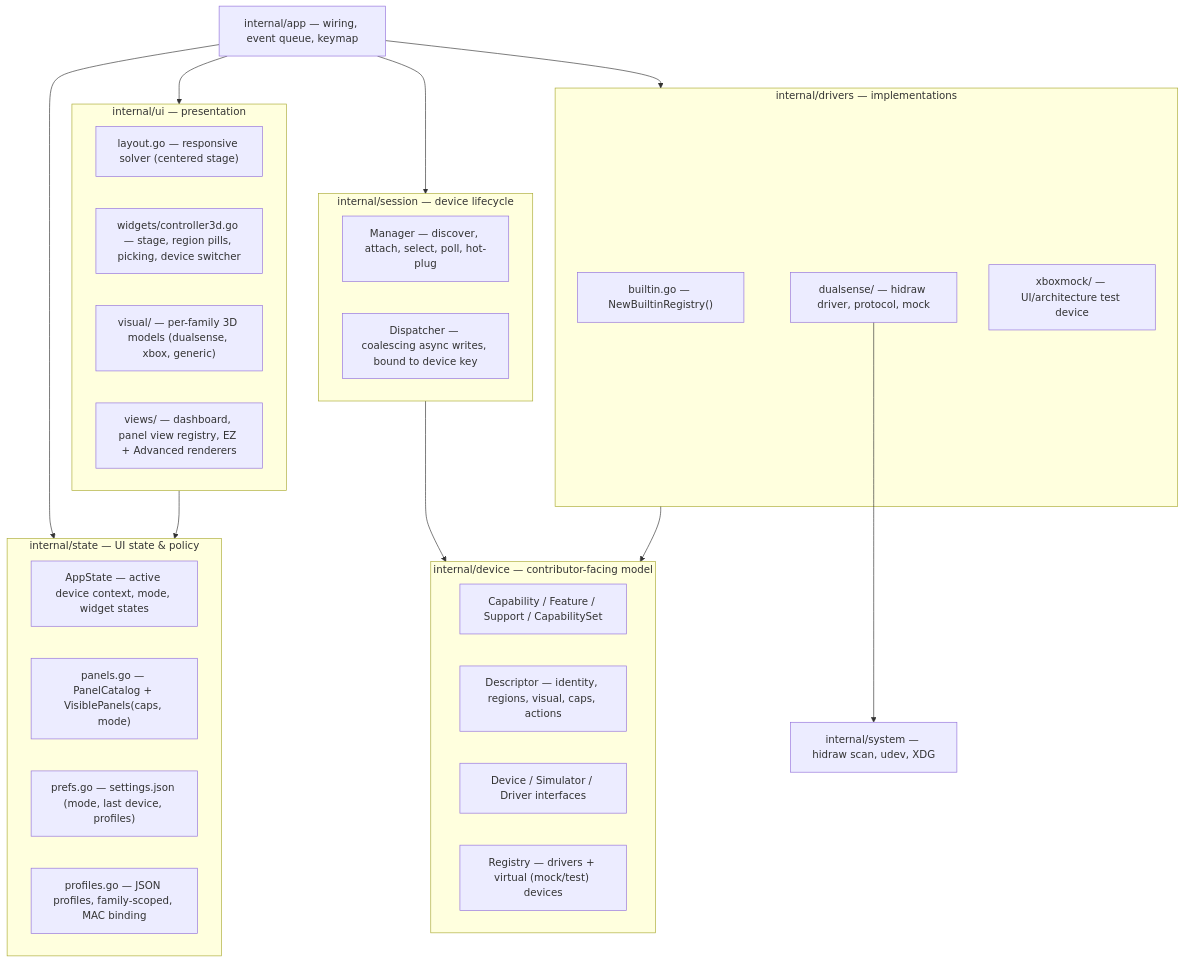
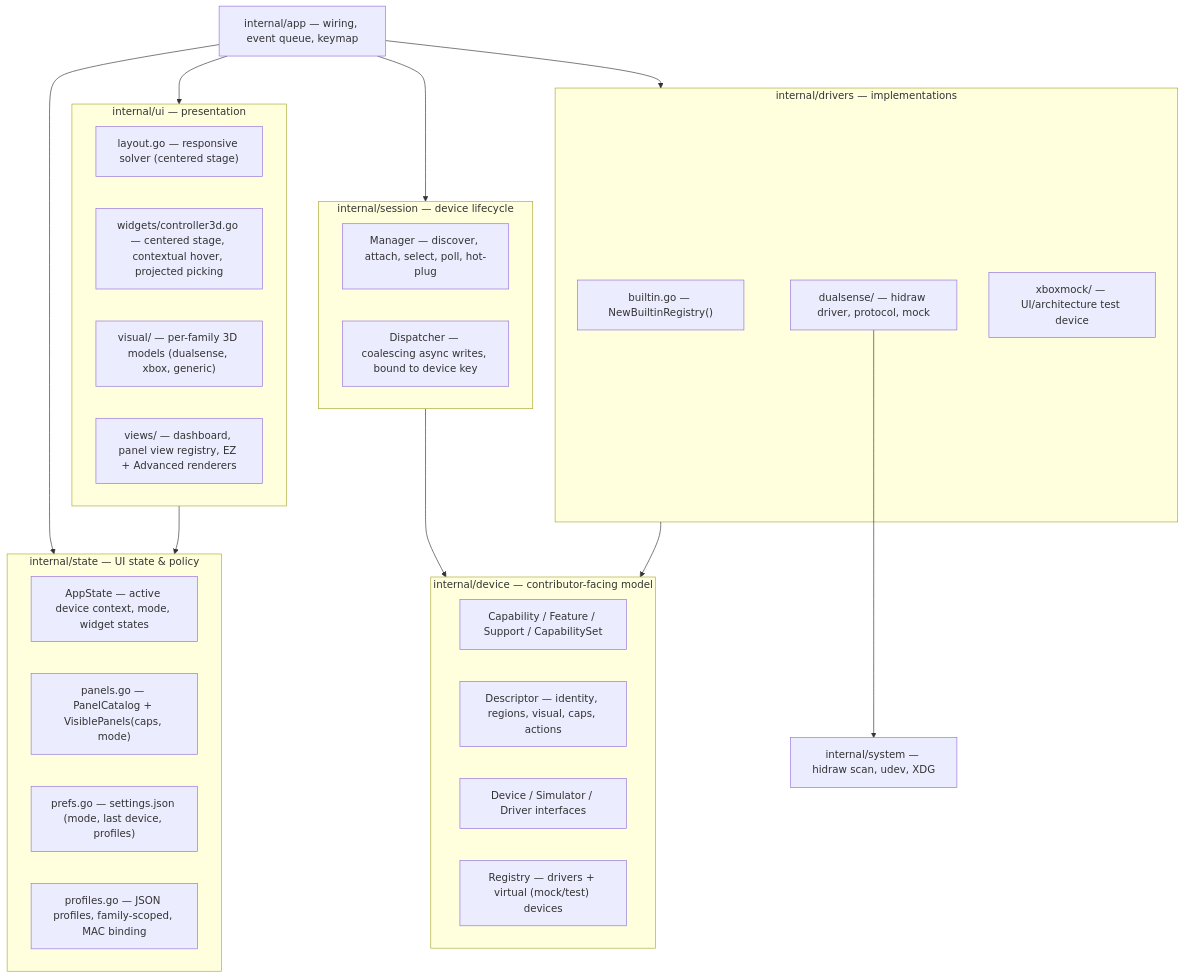
Before and after one commit to Phobby/TuiSense: the first of 2 diagrams in docs/ARCHITECTURE.md, drawn with Mermaid. The commit also changed other lines of this file and 120 other files, not shown here.

````diff
--- a/docs/ARCHITECTURE.md
+++ b/docs/ARCHITECTURE.md
@@ -17,40 +17,40 @@
 ```mermaid
 flowchart TD
     subgraph UI["internal/ui — presentation"]
         Layout["layout.go — responsive solver (centered stage)"]
-        Stage["widgets/controller3d.go — stage, region pills, picking, device switcher"]
+        Stage["widgets/controller3d.go — centered stage, contextual hover, projected picking"]
         Visual["visual/ — per-family 3D models (dualsense, xbox, generic)"]
         Views["views/ — dashboard, panel view registry, EZ + Advanced renderers"]
     end
     subgraph State["internal/state — UI state & policy"]
         AppState["AppState — active device context, mode, widget states"]
         Catalog["panels.go — PanelCatalog + VisiblePanels(caps, mode)"]
         Prefs["prefs.go — settings.json (mode, last device, profiles)"]
         Profiles["profiles.go — JSON profiles, family-scoped, MAC binding"]
     end
     subgraph Session["internal/session — device lifecycle"]
         Manager["Manager — discover, attach, select, poll, hot-plug"]
         Dispatcher["Dispatcher — coalescing async writes, bound to device key"]
     end
     subgraph Device["internal/device — contributor-facing model"]
         Caps["Capability / Feature / Support / CapabilitySet"]
         Desc["Descriptor — identity, regions, visual, caps, actions"]
         Iface["Device / Simulator / Driver interfaces"]
         Reg["Registry — drivers + virtual (mock/test) devices"]
     end
     subgraph Drivers["internal/drivers — implementations"]
         Builtin["builtin.go — NewBuiltinRegistry()"]
         DS["dualsense/ — hidraw driver, protocol, mock"]
         XB["xboxmock/ — UI/architecture test device"]
     end
     System["internal/system — hidraw scan, udev, XDG"]
 
     App["internal/app — wiring, event queue, keymap"] --> UI
     App --> State
     App --> Session
     UI --> State
     Session --> Device
     Drivers --> Device
     DS --> System
     App --> Drivers
 ```
````
